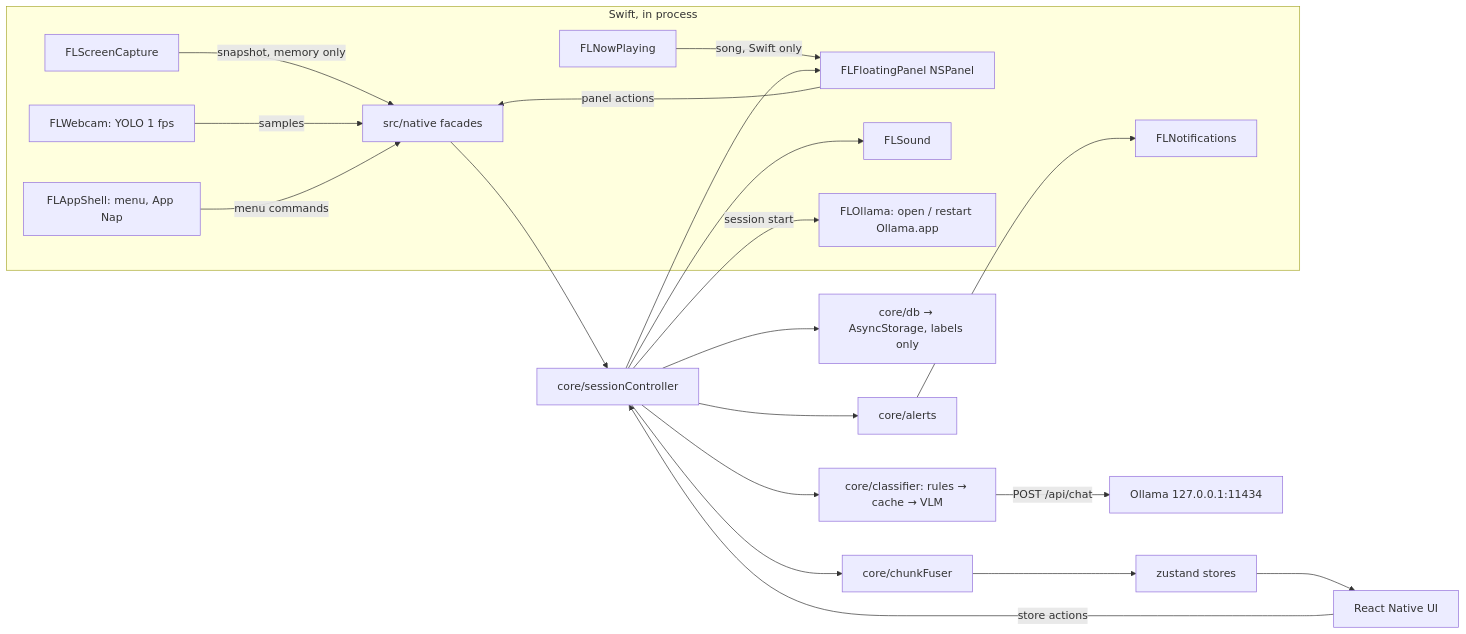
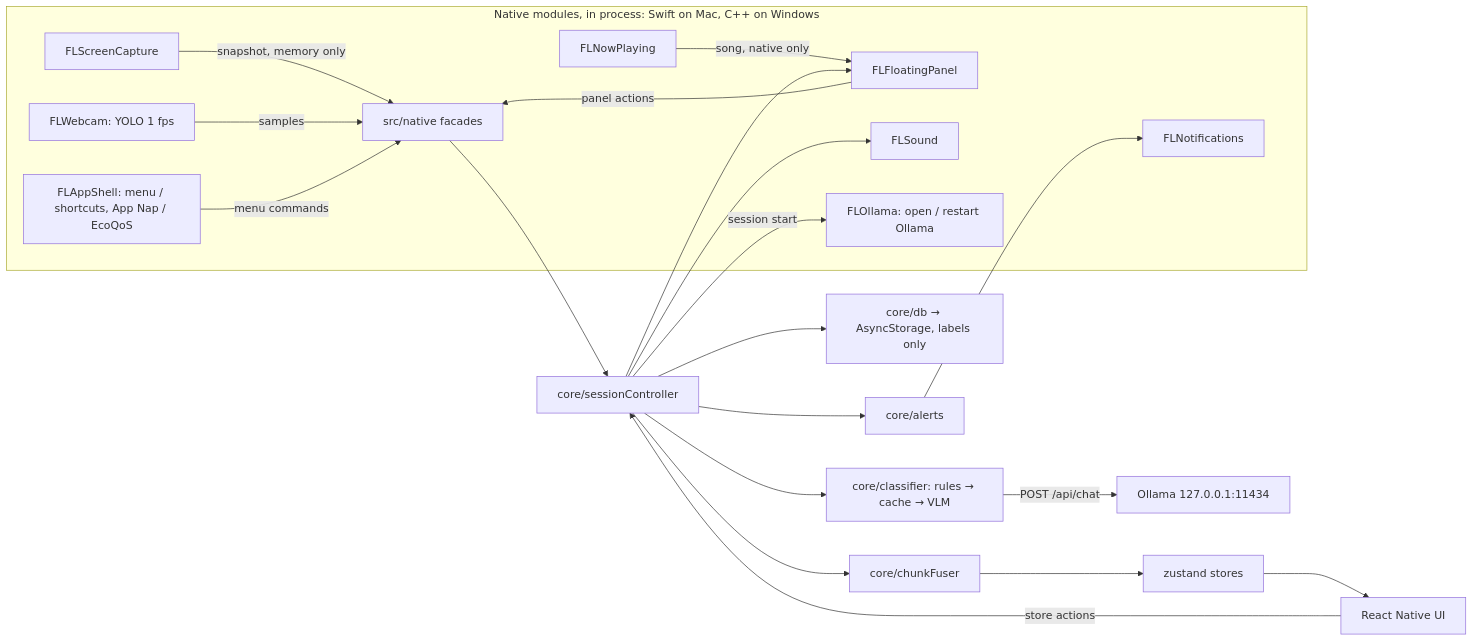
The diagram in README.md (AlperErg/larpless), drawn with Mermaid before and after one commit. The commit also changed other lines of this file and 3 other files, not shown here.

````diff
--- a/README.md
+++ b/README.md
@@ -41,24 +41,24 @@
 ```mermaid
 flowchart LR
-  subgraph swift [Swift, in process]
+  subgraph native [Native modules, in process: Swift on Mac, C++ on Windows]
     SC[FLScreenCapture] -->|snapshot, memory only| F
     WC[FLWebcam: YOLO 1 fps] -->|samples| F
-    PN[FLFloatingPanel NSPanel] -->|panel actions| F
-    AS[FLAppShell: menu, App Nap] -->|menu commands| F
-    NP[FLNowPlaying] -->|song, Swift only| PN
+    PN[FLFloatingPanel] -->|panel actions| F
+    AS[FLAppShell: menu / shortcuts, App Nap / EcoQoS] -->|menu commands| F
+    NP[FLNowPlaying] -->|song, native only| PN
     NT[FLNotifications]
     SD[FLSound]
-    OH[FLOllama: open / restart Ollama.app]
+    OH[FLOllama: open / restart Ollama]
   end
   F[src/native facades] --> CTRL[core/sessionController]
   CTRL --> CLS[core/classifier: rules → cache → VLM]
   CLS -->|POST /api/chat| OL[Ollama 127.0.0.1:11434]
   CTRL --> FU[core/chunkFuser] --> ST[zustand stores]
   CTRL --> AL[core/alerts] --> NT
   CTRL --> PN
   CTRL --> SD
   CTRL -->|session start| OH
   CTRL --> DB[core/db → AsyncStorage, labels only]
   ST --> UI[React Native UI]
   UI -->|store actions| CTRL
 ```
````
